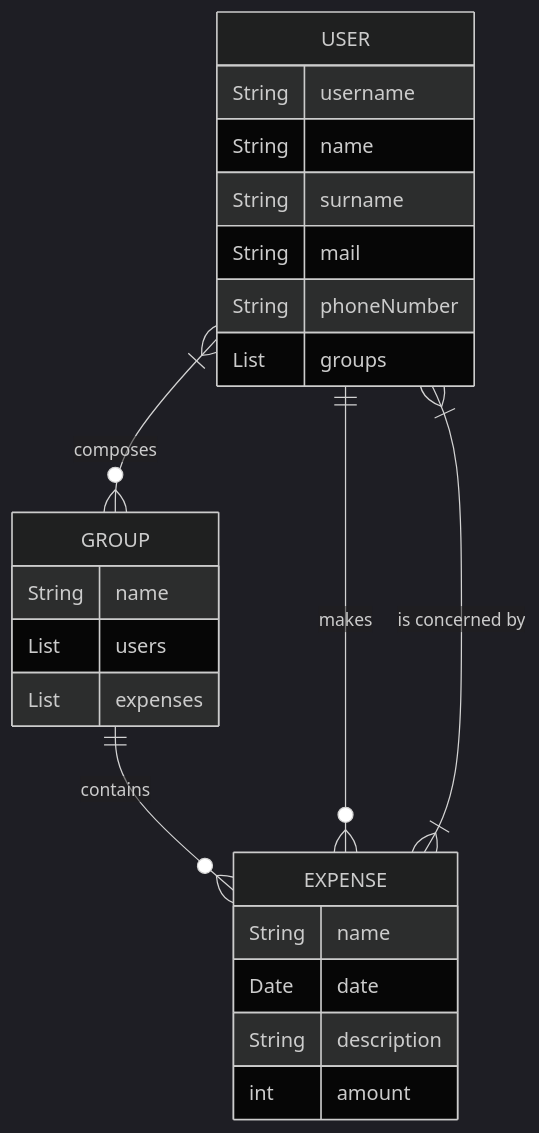
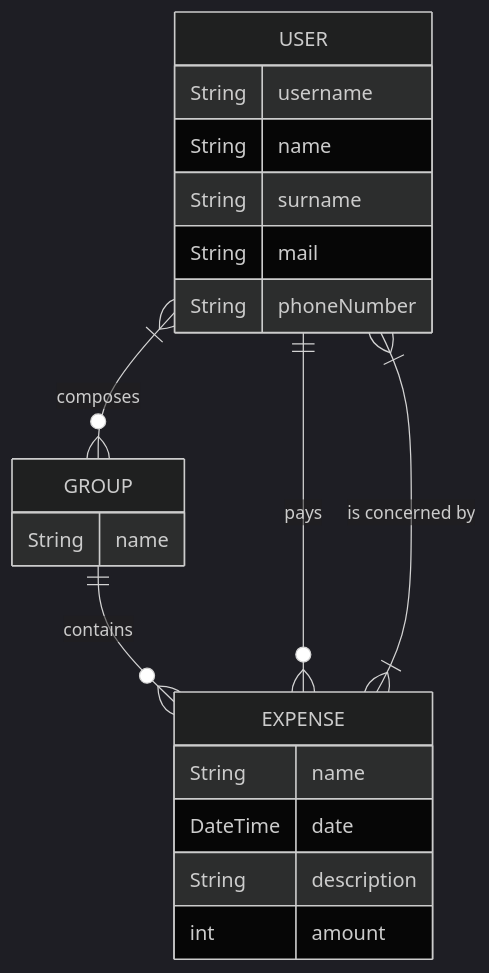
The diagram in docs/ERdiag.md (HeleneAmouzou/QuiPayeQuoiHelene), drawn with Mermaid (dark theme) before and after one commit.

Commit message:
docs: update diagrams

````diff
--- a/docs/ERdiag.md
+++ b/docs/ERdiag.md
@@ -1,31 +1,28 @@
 ```mermaid
 
 erDiagram
     USER }|--o{ GROUP : composes
     GROUP ||--o{ EXPENSE : contains
-    USER ||--o{ EXPENSE : makes
+    USER ||--o{ EXPENSE : pays
     USER }|--|{ EXPENSE : "is concerned by"
 
 USER {
     String username
     String name 
     String surname
     String mail 
-    String phoneNumber 
-    List groups
+    String phoneNumber
 }
     
 GROUP {
     String name
-    List users 
-    List expenses
 }
 
 EXPENSE {
     String name
-    Date date
+    DateTime date
     String description 
     int amount 
 }
 
 ```
````
